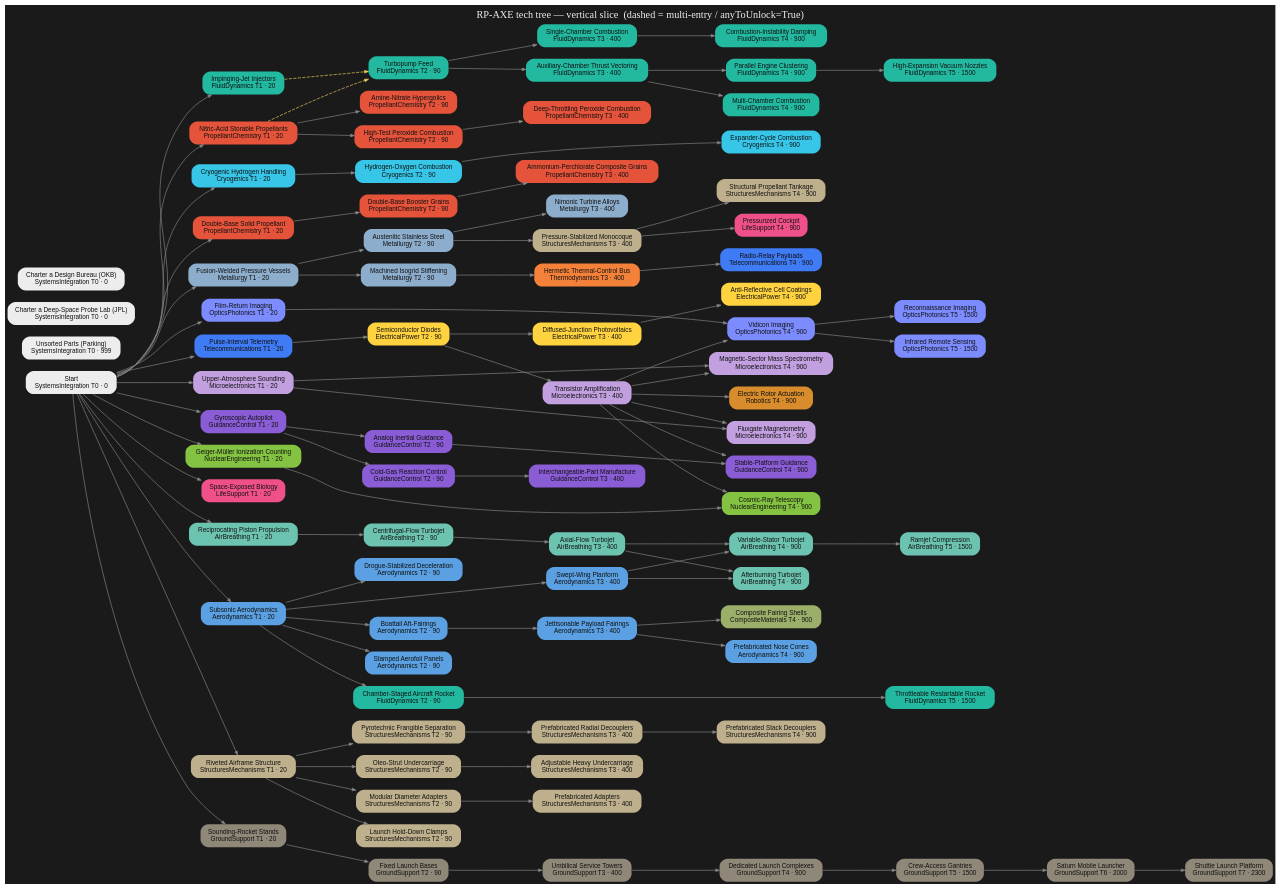
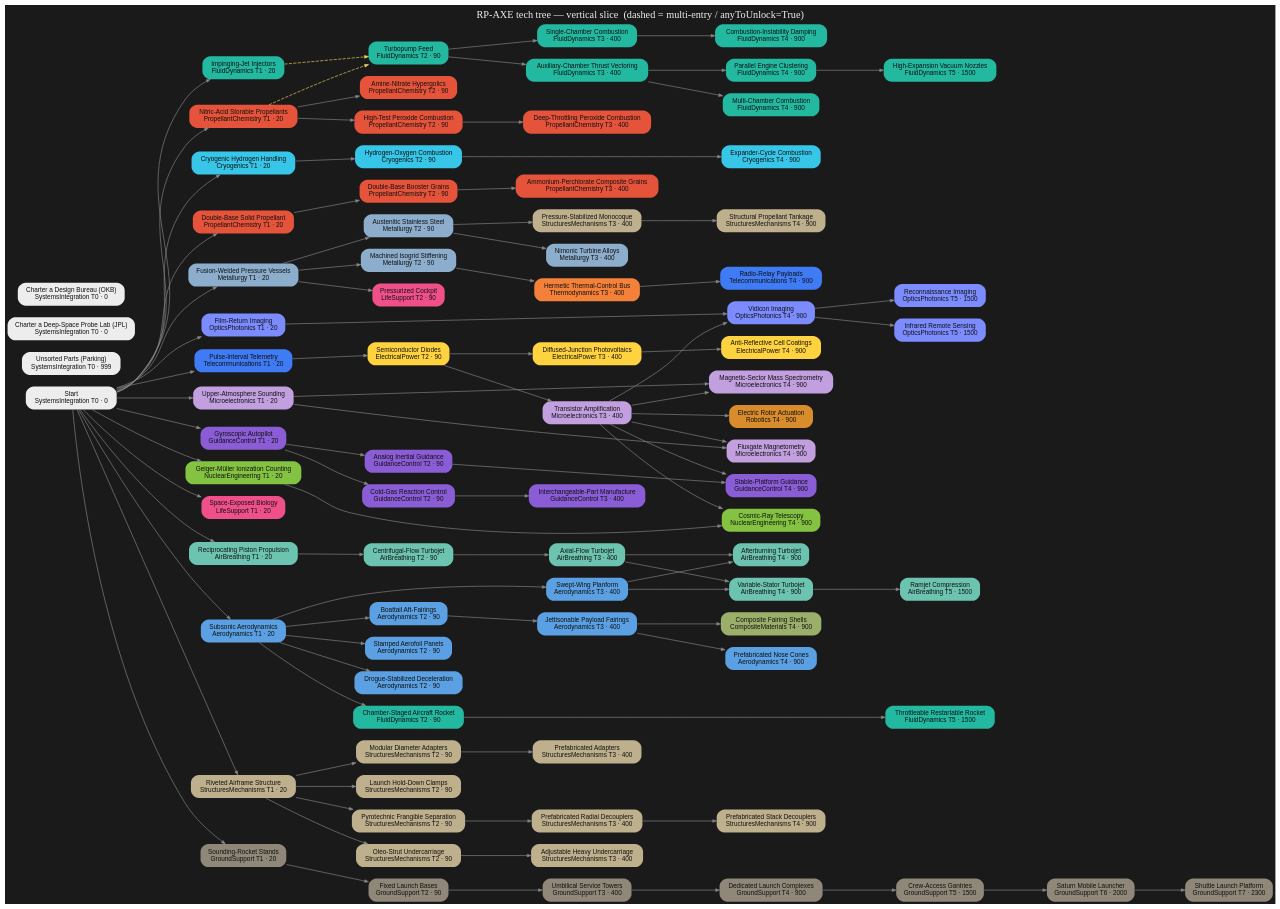
Before and after one commit to miskoltrans/RP-AXE: the diagram in tree/render/axe-tree.dot, drawn with Graphviz. The commit also changed 5 other files, not shown here.

First line of the commit message:
tree(band1): re-home Pressurized Cockpit to Fusion-Welded Pressure Vessels

```diff
--- a/tree/render/axe-tree.dot
+++ b/tree/render/axe-tree.dot
@@ -70,7 +70,7 @@
   "cmp_compositeFairings" [label="Composite Fairing Shells\nCompositeMaterials T4 · 900",fillcolor="#9caf6a",fontcolor="#111111"];
   "elec_arCoatings" [label="Anti-Reflective Cell Coatings\nElectricalPower T4 · 900",fillcolor="#ffd23f",fontcolor="#111111"];
   "prop_recipEngine" [label="Reciprocating Piston Propulsion\nAirBreathing T1 · 20",fillcolor="#6cc4b0",fontcolor="#111111"];
-  "life_pilotedCockpits" [label="Pressurized Cockpit\nLifeSupport T4 · 900",fillcolor="#f0508a",fontcolor="#111111"];
+  "life_pilotedCockpits" [label="Pressurized Cockpit\nLifeSupport T2 · 90",fillcolor="#f0508a",fontcolor="#111111"];
   "str_radialDecouplers" [label="Prefabricated Radial Decouplers\nStructuresMechanisms T3 · 400",fillcolor="#bfb08d",fontcolor="#111111"];
   "str_standardDecouplers" [label="Prefabricated Stack Decouplers\nStructuresMechanisms T4 · 900",fillcolor="#bfb08d",fontcolor="#111111"];
   "tel_appSatellites" [label="Radio-Relay Payloads\nTelecommunications T4 · 900",fillcolor="#3f7bf5",fontcolor="#111111"];
@@ -88,9 +88,9 @@
   "opt_remoteSensing" [label="Infrared Remote Sensing\nOpticsPhotonics T5 · 1500",fillcolor="#7c8cff",fontcolor="#111111"];
   { rank=same; "start" "parking" "hire_JPL" "hire_OKB" }
   { rank=same; "pc_storables" "cryo_hydrogen" "pc_doubleBaseSolid" "fd_injectors" "met_weldedTank" "tel_telemetry" "opt_filmReturn" "nuc_geiger" "bio_cultures" "mic_atmoSounding" "aero_subsonicWing" "str_structuralHardware" "gnc_postWarAvionics" "prop_recipEngine" "gs_soundingStands" }
-  { rank=same; "fd_turbopumpFeed" "cryo_hydroloxPrototype" "pc_doubleBaseBooster" "pc_hypergolics" "pc_htp" "met_stainlessSteel" "met_isogrid" "str_staging" "elec_semiconductorDiode" "gnc_rcs" "aero_recovery" "str_landingGear" "av_centrifugalJet" "fd_rocketplaneRocket" "gnc_avionicsPrototypes" "aero_stampedWings" "aero_boattail" "str_diameterAdapters" "gs_launchClamps" "gs_launchBases" }
+  { rank=same; "fd_turbopumpFeed" "cryo_hydroloxPrototype" "pc_doubleBaseBooster" "pc_hypergolics" "pc_htp" "met_stainlessSteel" "met_isogrid" "str_staging" "elec_semiconductorDiode" "gnc_rcs" "aero_recovery" "str_landingGear" "av_centrifugalJet" "fd_rocketplaneRocket" "gnc_avionicsPrototypes" "aero_stampedWings" "aero_boattail" "str_diameterAdapters" "life_pilotedCockpits" "gs_launchClamps" "gs_launchBases" }
   { rank=same; "fd_singleChamber" "fd_verniers" "pc_compositeSolid" "pc_stentor" "met_nimonic" "str_balloonTank" "aero_fairings" "th_hermeticBus" "elec_transistor" "elec_siliconPV" "str_adjustableGear" "av_axialJet" "aero_supersonicWing" "gnc_standardRCS" "str_prefabAdapters" "str_radialDecouplers" "gs_serviceTowers" }
-  { rank=same; "fd_largeChamber" "fd_orbitalSoviet" "fd_orbitalMultiChamber" "cryo_expanderCycle" "rob_rotorActuation" "opt_vidicon" "mic_massSpec" "mic_magnetometer" "av_afterburner" "av_variableStator" "gnc_earlyAvionics" "str_serviceModuleTank" "cmp_compositeFairings" "elec_arCoatings" "life_pilotedCockpits" "str_standardDecouplers" "tel_appSatellites" "gs_dedicatedComplexes" "aero_prefabNoseCones" "nuc_cosmicRay" }
+  { rank=same; "fd_largeChamber" "fd_orbitalSoviet" "fd_orbitalMultiChamber" "cryo_expanderCycle" "rob_rotorActuation" "opt_vidicon" "mic_massSpec" "mic_magnetometer" "av_afterburner" "av_variableStator" "gnc_earlyAvionics" "str_serviceModuleTank" "cmp_compositeFairings" "elec_arCoatings" "str_standardDecouplers" "tel_appSatellites" "gs_dedicatedComplexes" "aero_prefabNoseCones" "nuc_cosmicRay" }
   { rank=same; "fd_matureOrbital" "av_ramjet" "fd_throttlingRocket" "gs_crewGantries" "opt_recon" "opt_remoteSensing" }
   { rank=same; "gs_saturnPad" }
   { rank=same; "gs_shuttlePad" }
@@ -165,7 +165,7 @@
   "aero_fairings" -> "cmp_compositeFairings" [style=solid];
   "elec_siliconPV" -> "elec_arCoatings" [style=solid];
   "start" -> "prop_recipEngine" [style=solid];
-  "str_balloonTank" -> "life_pilotedCockpits" [style=solid];
+  "met_weldedTank" -> "life_pilotedCockpits" [style=solid];
   "str_staging" -> "str_radialDecouplers" [style=solid];
   "str_radialDecouplers" -> "str_standardDecouplers" [style=solid];
   "th_hermeticBus" -> "tel_appSatellites" [style=solid];
```
